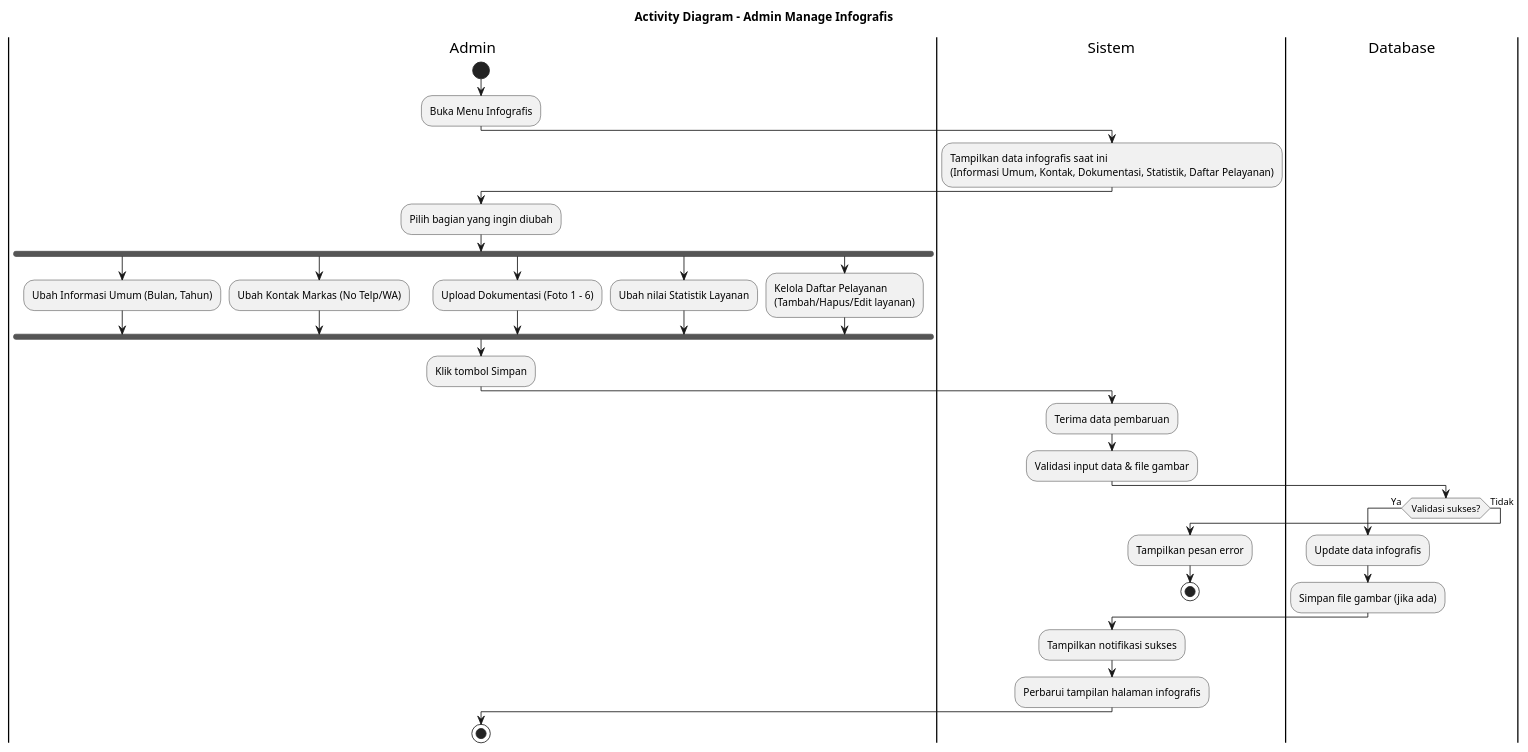
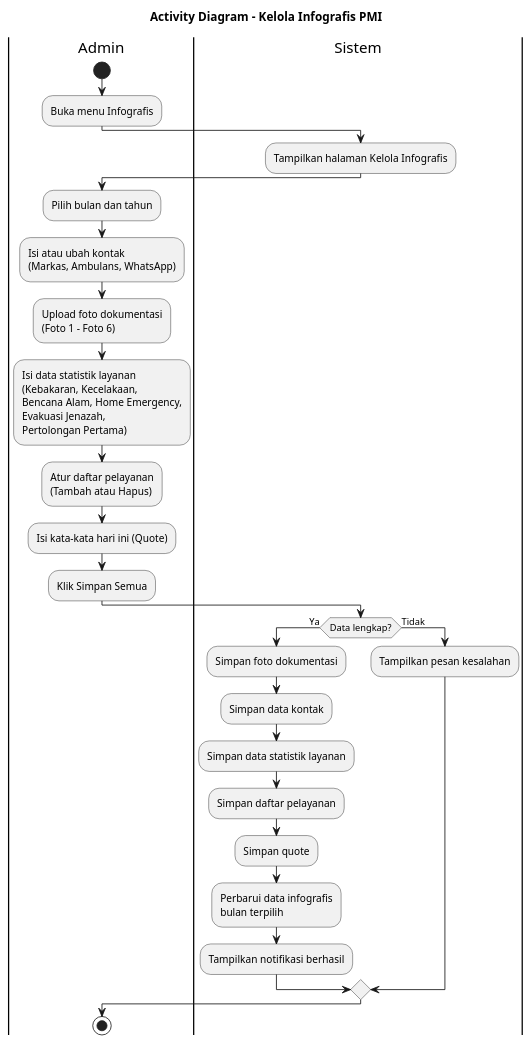
Before and after one commit to jaddu17/capstonepmikp: the diagram in diagram/activitydiagram_admin_manage_infografis.puml, drawn with PlantUML. The commit also changed 15 other files, not shown here.

Commit message:
activity diagram user

```diff
--- a/diagram/activitydiagram_admin_manage_infografis.puml
+++ b/diagram/activitydiagram_admin_manage_infografis.puml
@@ -1,49 +1,43 @@
-@startuml ACTIVITY_DIAGRAM_ADMIN_MANAGE_INFOGRAFIS
-title Activity Diagram - Admin Manage Infografis
+@startuml ACTIVITY_DIAGRAM_KELOLA_INFOGRAFIS_PMI
+title Activity Diagram - Kelola Infografis PMI
 
 |Admin|
 start
-:Buka Menu Infografis;
+:Buka menu Infografis;
 
 |Sistem|
-:Tampilkan data infografis saat ini
-(Informasi Umum, Kontak, Dokumentasi, Statistik, Daftar Pelayanan);
+:Tampilkan halaman Kelola Infografis;
 
 |Admin|
-:Pilih bagian yang ingin diubah;
-fork
-  :Ubah Informasi Umum (Bulan, Tahun);
-fork again
-  :Ubah Kontak Markas (No Telp/WA);
-fork again
-  :Upload Dokumentasi (Foto 1 - 6);
-fork again
-  :Ubah nilai Statistik Layanan;
-fork again
-  :Kelola Daftar Pelayanan
-  (Tambah/Hapus/Edit layanan);
-end fork
-:Klik tombol Simpan;
+:Pilih bulan dan tahun;
+:Isi atau ubah kontak
+(Markas, Ambulans, WhatsApp);
+:Upload foto dokumentasi
+(Foto 1 - Foto 6);
+:Isi data statistik layanan
+(Kebakaran, Kecelakaan,
+Bencana Alam, Home Emergency,
+Evakuasi Jenazah,
+Pertolongan Pertama);
+:Atur daftar pelayanan
+(Tambah atau Hapus);
+:Isi kata-kata hari ini (Quote);
+:Klik Simpan Semua;
 
 |Sistem|
-:Terima data pembaruan;
-:Validasi input data & file gambar;
-
-|Database|
-if (Validasi sukses?) then (Ya)
-  :Update data infografis;
-  :Simpan file gambar (jika ada);
+if (Data lengkap?) then (Ya)
+    :Simpan foto dokumentasi;
+    :Simpan data kontak;
+    :Simpan data statistik layanan;
+    :Simpan daftar pelayanan;
+    :Simpan quote;
+    :Perbarui data infografis
+    bulan terpilih;
+    :Tampilkan notifikasi berhasil;
 else (Tidak)
-  |Sistem|
-  :Tampilkan pesan error;
-  stop
+    :Tampilkan pesan kesalahan;
 endif
-
-|Sistem|
-:Tampilkan notifikasi sukses;
-:Perbarui tampilan halaman infografis;
 
 |Admin|
 stop
-
 @enduml
```
